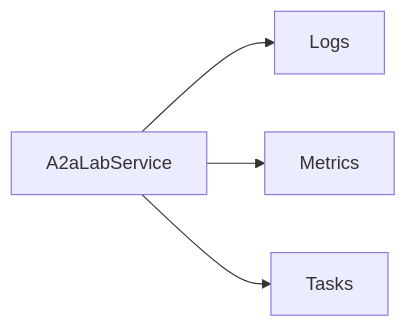
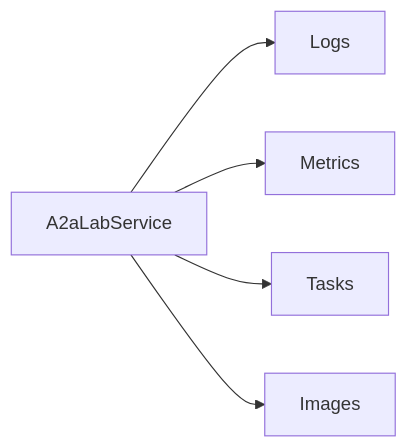
One commit to A3Analytics/a2a-lab-dev-kit-rs changed the diagram in backlog/docs/reference/primitives/doc-17 - A2A-LAB-primitives.md. Above: the diagram before and after it, drawn with Mermaid. The commit also changed other lines of this file and 54 other files, not shown here.

````diff
--- a/backlog/docs/reference/primitives/doc-17 - A2A-LAB-primitives.md
+++ b/backlog/docs/reference/primitives/doc-17 - A2A-LAB-primitives.md
@@ -17,8 +17,9 @@
 ```mermaid
 flowchart LR
   accTitle: A2A-LAB primitives
-  accDescr: A2aLabService uses logs, metrics, and tasks.
+  accDescr: A2aLabService uses logs, metrics, tasks, and images.
   lab["A2aLabService"] --> logs["Logs"]
   lab --> metrics["Metrics"]
   lab --> tasks["Tasks"]
+  lab --> images["Images"]
 ```
````
